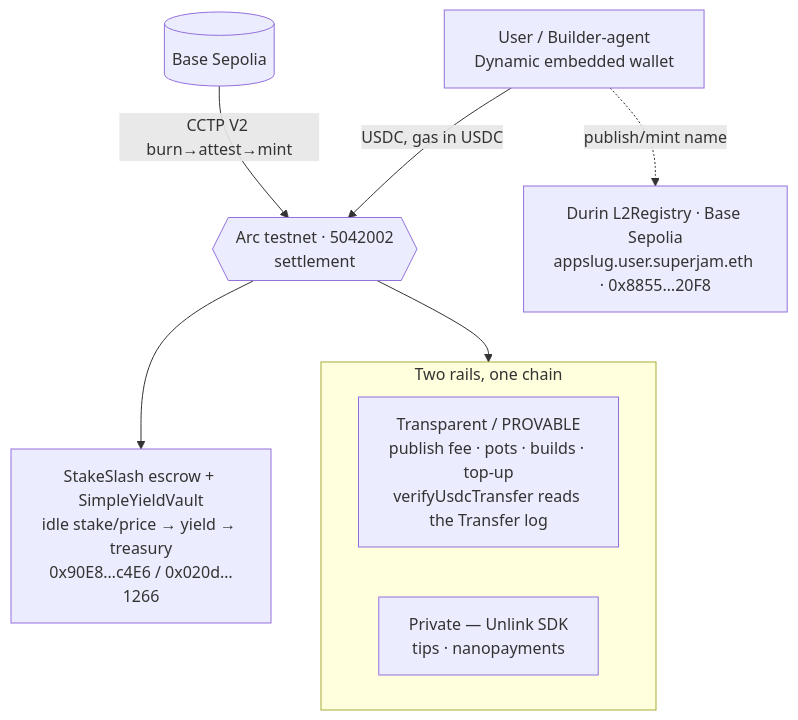
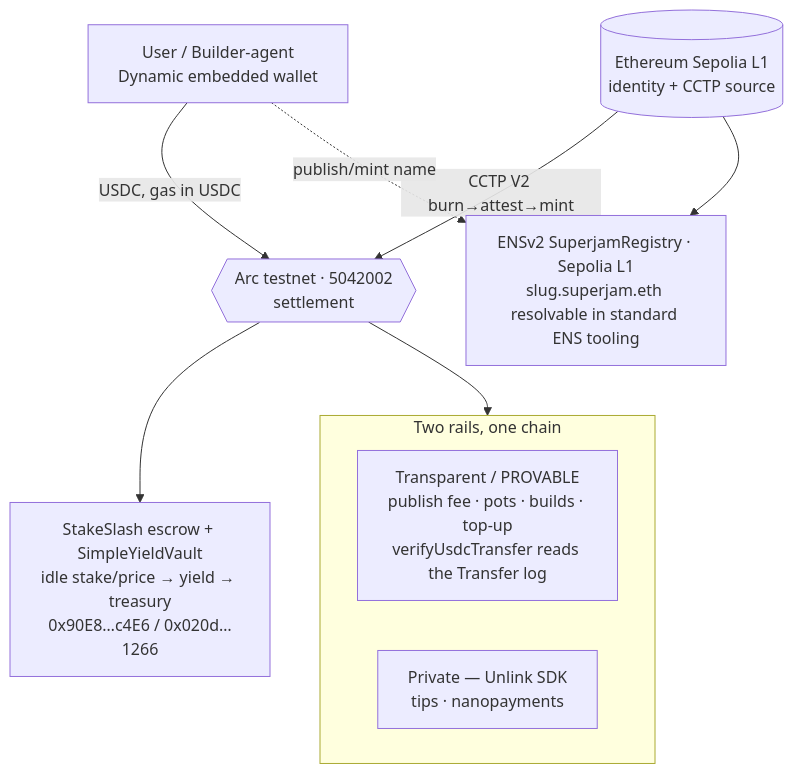
The diagram in docs/bounties/README.md (grmkris/superjam), drawn with Mermaid before and after one commit. The commit also changed other lines of this file and 21 other files, not shown here.

First line of the commit message:
chain: drop Base Sepolia — Sepolia L1 is the identity chain + CCTP source

````diff
--- a/docs/bounties/README.md
+++ b/docs/bounties/README.md
@@ -14,16 +14,17 @@
 ```mermaid
 flowchart TD
   U[User / Builder-agent<br/>Dynamic embedded wallet] -->|USDC, gas in USDC| ARC{{Arc testnet · 5042002<br/>settlement}}
 
   subgraph ARC_RAILS[Two rails, one chain]
     direction LR
     PUB[Transparent / PROVABLE<br/>publish fee · pots · builds · top-up<br/>verifyUsdcTransfer reads the Transfer log] 
     PRIV[Private — Unlink SDK<br/>tips · nanopayments]
   end
   ARC --> ARC_RAILS
 
   ARC --> ESCROW[StakeSlash escrow + SimpleYieldVault<br/>idle stake/price → yield → treasury<br/>0x90E8…c4E6 / 0x020d…1266]
-  BS[(Base Sepolia)] -->|CCTP V2 burn→attest→mint| ARC
-  ENS[Durin L2Registry · Base Sepolia<br/>appslug.user.superjam.eth · 0x8855…20F8]
+  SEP[(Ethereum Sepolia L1<br/>identity + CCTP source)] -->|CCTP V2 burn→attest→mint| ARC
+  ENS[ENSv2 SuperjamRegistry · Sepolia L1<br/>slug.superjam.eth resolvable in standard ENS tooling]
+  SEP --> ENS
   U -.publish/mint name.-> ENS
 ```
````
